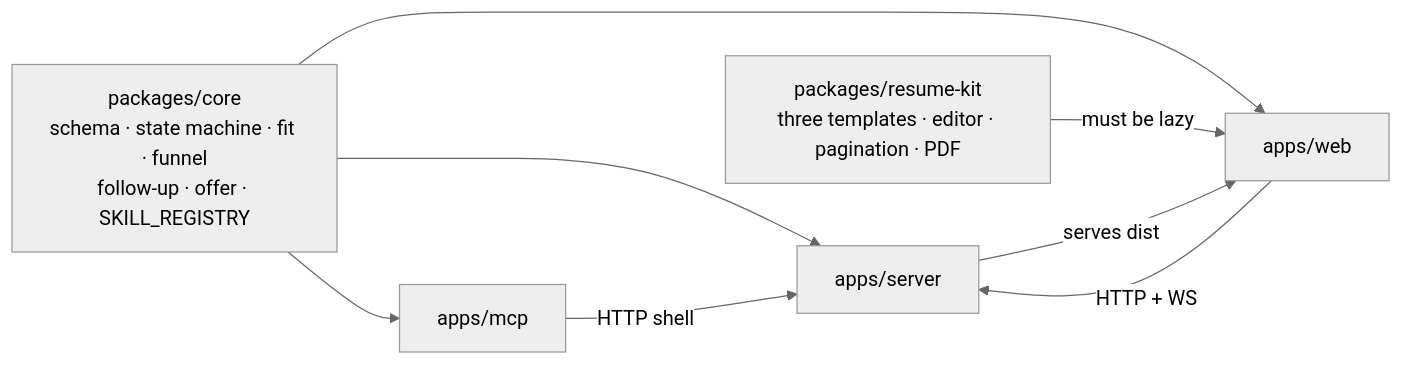
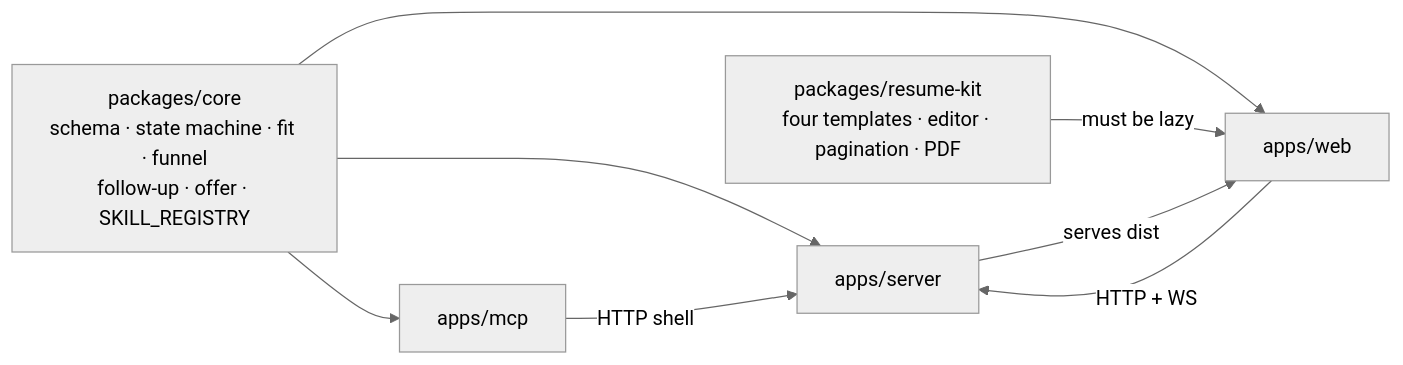
The second of 6 diagrams in README.md (Dada-liu/land-a-job), drawn with Mermaid (neutral theme) before and after one commit. The commit also changed other lines of this file and 18 other files, not shown here.

First line of the commit message:
feat(resume-kit): 新增经典模板（自由编辑）与区块末尾空行

````diff
--- a/README.md
+++ b/README.md
@@ -465,16 +474,16 @@
 ```mermaid
 flowchart LR
   CORE["packages/core<br/>schema · state machine · fit · funnel<br/>follow-up · offer · SKILL_REGISTRY"]
-  RK["packages/resume-kit<br/>three templates · editor · pagination · PDF"]
+  RK["packages/resume-kit<br/>four templates · editor · pagination · PDF"]
   SERVER["apps/server"]
   MCPAPP["apps/mcp"]
   WEBAPP["apps/web"]
 
   CORE --> SERVER
   CORE --> MCPAPP
   CORE --> WEBAPP
   RK -->|"must be lazy"| WEBAPP
   SERVER -->|"serves dist"| WEBAPP
   MCPAPP -->|"HTTP shell"| SERVER
   WEBAPP -->|"HTTP + WS"| SERVER
 ```
````
